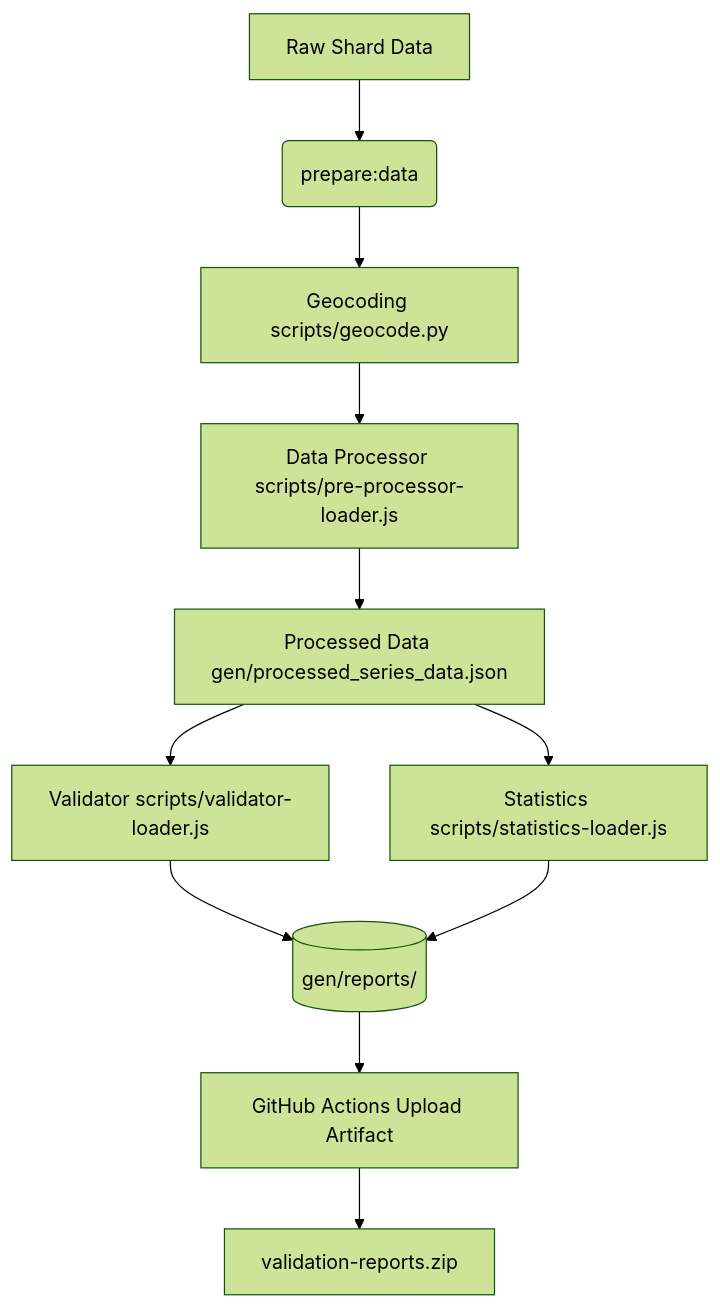
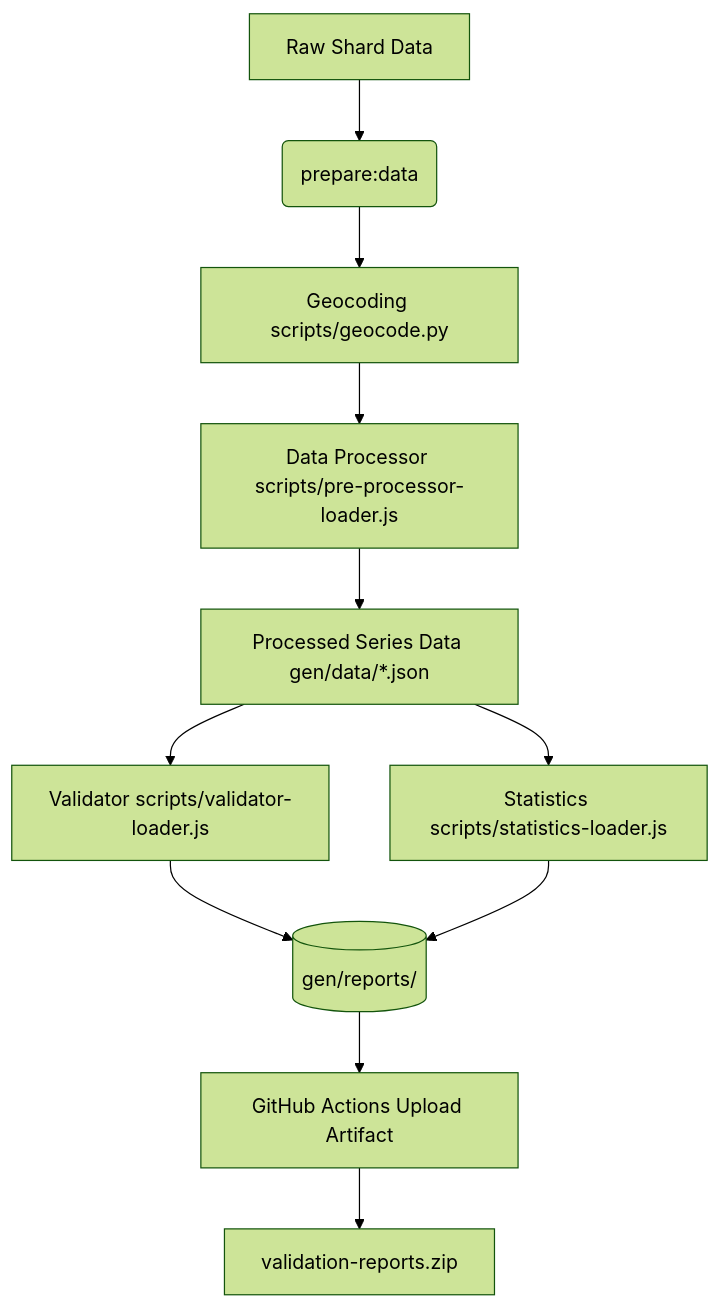
One commit to ingress-shards/ingress-shards.github.io changed the diagram in docs/validation-and-reporting.md. Above: the diagram before and after it, drawn with Mermaid (forest theme). The commit also changed 3 other files, not shown here.

Commit message:
refactor(data-pipeline): emit and validate per-series JSON files directly

````diff
--- a/docs/validation-and-reporting.md
+++ b/docs/validation-and-reporting.md
@@ -11,13 +11,13 @@
 ```mermaid
 graph TD
     A[Raw Shard Data] --> B(prepare:data)
     B --> C[Geocoding scripts/geocode.py]
     C --> D[Data Processor scripts/pre-processor-loader.js]
-    D --> E[Processed Data gen/processed_series_data.json]
+    D --> E[Processed Series Data gen/data/*.json]
     E --> F[Validator scripts/validator-loader.js]
     E --> G[Statistics scripts/statistics-loader.js]
     F --> H[(gen/reports/)]
     G --> H
     H --> I[GitHub Actions Upload Artifact]
     I --> J[validation-reports.zip]
 ```
````
